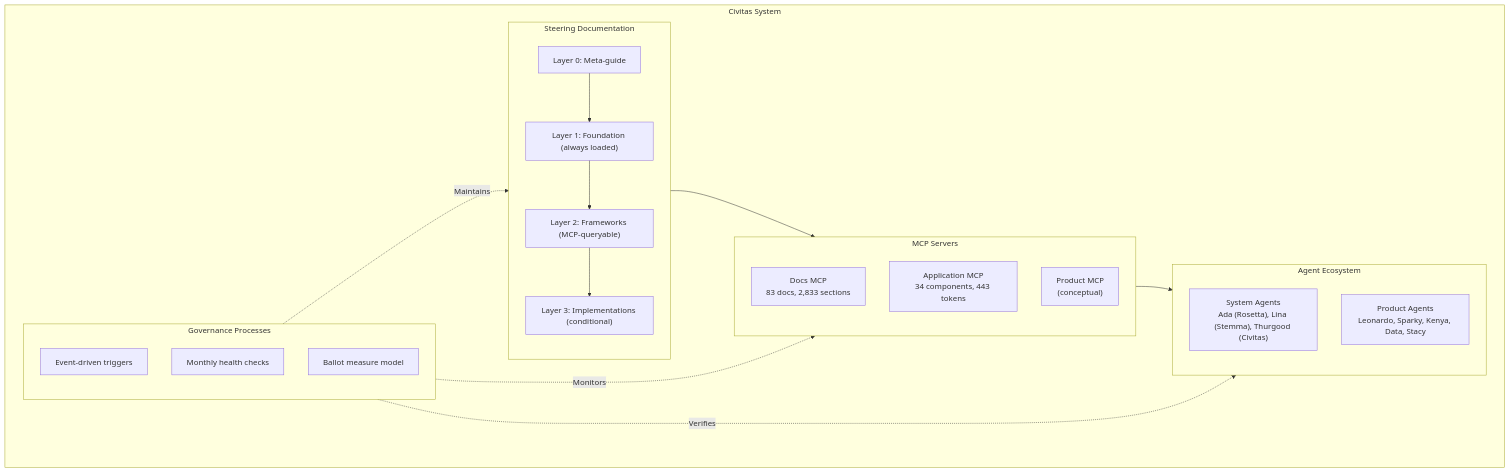
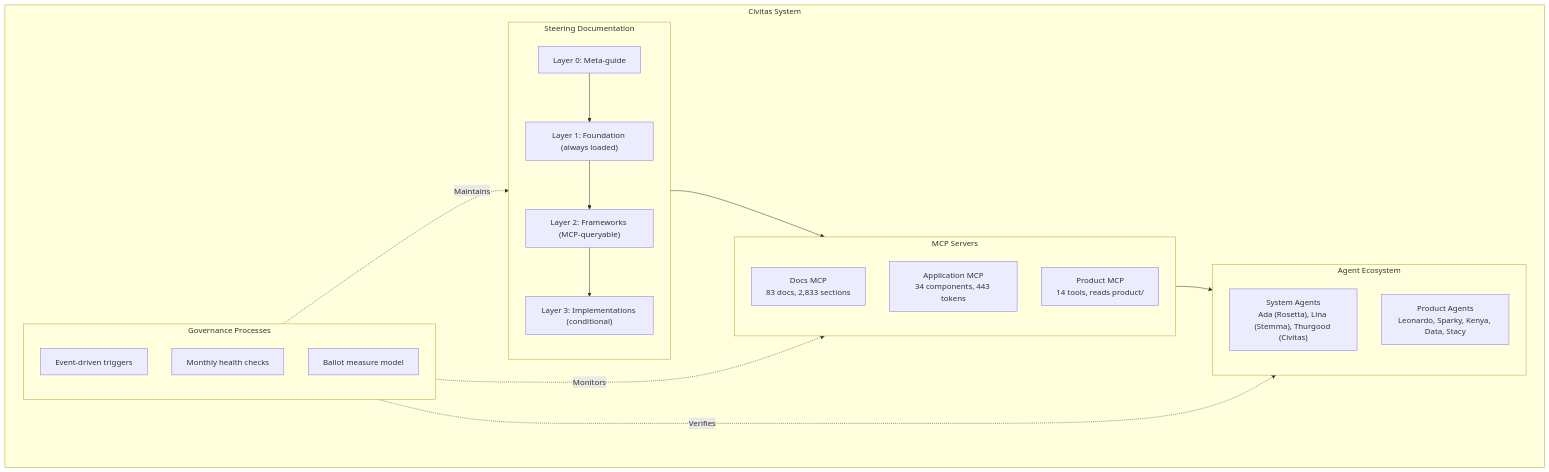
Before and after one commit to 3fn/DesignerPunk: the fourth of 6 diagrams in .kiro/steering/DesignerPunk-Systems-Overview.md, drawn with Mermaid. The commit also changed 13 other files, not shown here.

````diff
--- a/.kiro/steering/DesignerPunk-Systems-Overview.md
+++ b/.kiro/steering/DesignerPunk-Systems-Overview.md
@@ -166,35 +166,35 @@
 ```mermaid
 flowchart TB
     subgraph Civitas["Civitas System"]
         subgraph Docs["Steering Documentation"]
             L0["Layer 0: Meta-guide"]
             L1["Layer 1: Foundation (always loaded)"]
             L2["Layer 2: Frameworks (MCP-queryable)"]
             L3["Layer 3: Implementations (conditional)"]
             L0 --> L1 --> L2 --> L3
         end
 
         subgraph MCPs["MCP Servers"]
             DocsMCP["Docs MCP<br/>83 docs, 2,833 sections"]
             AppMCP["Application MCP<br/>34 components, 443 tokens"]
-            ProdMCP["Product MCP<br/>(conceptual)"]
+            ProdMCP["Product MCP<br/>14 tools, reads product/"]
         end
 
         subgraph Agents["Agent Ecosystem"]
             Sys["System Agents<br/>Ada (Rosetta), Lina (Stemma), Thurgood (Civitas)"]
             Prod["Product Agents<br/>Leonardo, Sparky, Kenya, Data, Stacy"]
         end
 
         subgraph Governance["Governance Processes"]
             Triggers["Event-driven triggers"]
             Cadence["Monthly health checks"]
             Ballot["Ballot measure model"]
         end
     end
 
     Docs --> MCPs
     MCPs --> Agents
     Governance -.->|"Maintains"| Docs
     Governance -.->|"Monitors"| MCPs
     Governance -.->|"Verifies"| Agents
 ```
````
